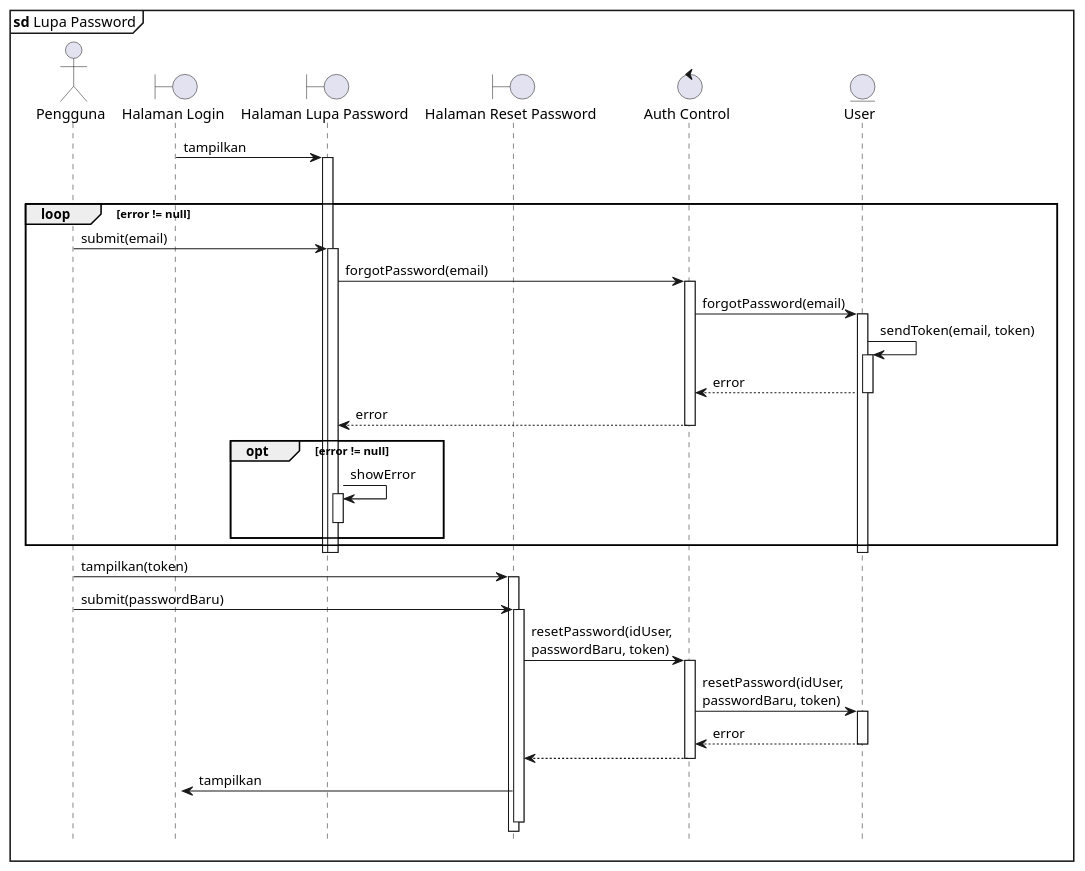
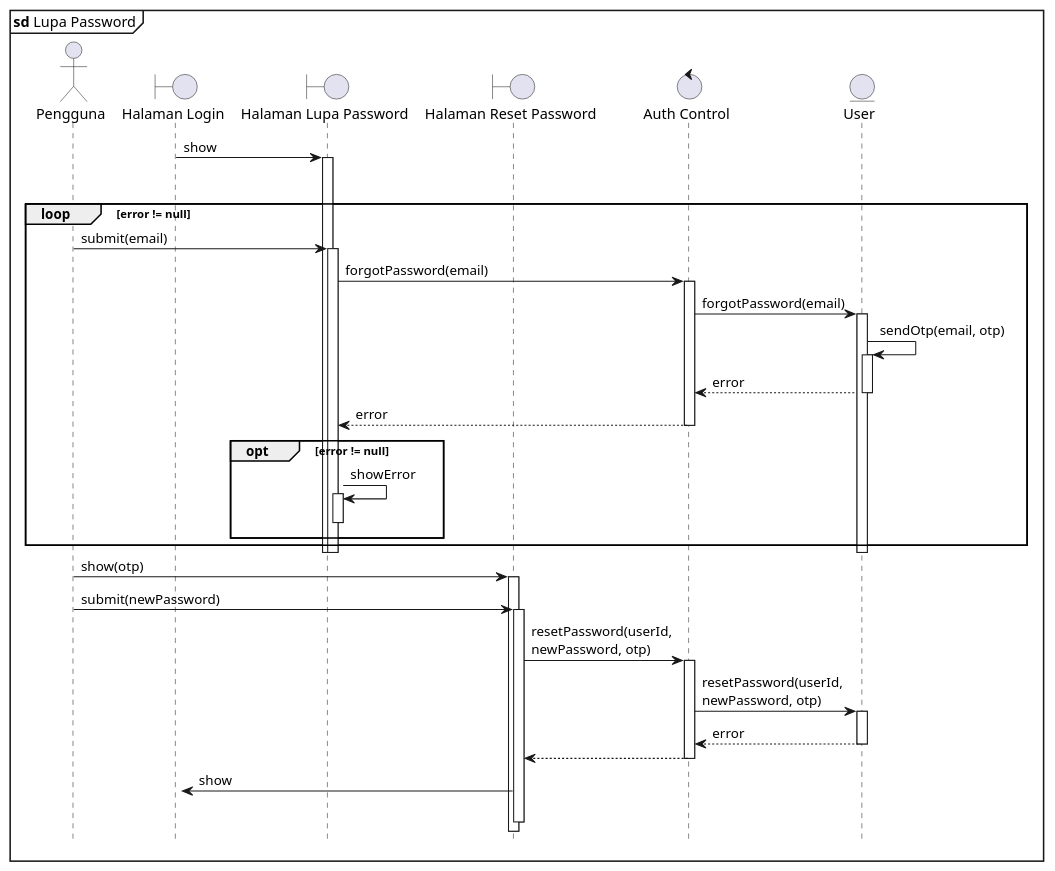
One commit to clarestarahma/manajemen-investasi changed the diagram in sequence/Lupa-Password.puml. Above: the diagram before and after it, drawn with PlantUML. The commit also changed 12 other files, not shown here.

```diff
--- a/sequence/Lupa-Password.puml
+++ b/sequence/Lupa-Password.puml
@@ -1,43 +1,43 @@
 @startuml
 
 hide footbox
 autoactivate on
 mainframe **sd** Lupa Password
 skinparam maxMessageSize 200
 
 actor "Pengguna" as P
 boundary "Halaman Login" as HL
 boundary "Halaman Lupa Password" as HLP
 boundary "Halaman Reset Password" as HRP
 control "Auth Control" as AC
 entity "User" as user
 
-HL -> HLP : tampilkan
+HL -> HLP : show
 deactivate HL
 loop error != null
     P -> HLP: submit(email)
     HLP -> AC: forgotPassword(email)
     AC -> user: forgotPassword(email)
-    user -> user: sendToken(email, token)
+    user -> user: sendOtp(email, otp)
     user --> AC: error
     AC --> HLP: error
     opt error != null
         HLP -> HLP: showError
         deactivate HLP 
     end
 end
 
 deactivate user
 deactivate HLP
 deactivate HLP
-P -> HRP: tampilkan(token) 
-P -> HRP: submit(passwordBaru)
-HRP -> AC: resetPassword(idUser, passwordBaru, token)
-AC -> user: resetPassword(idUser, passwordBaru, token) 
+P -> HRP: show(otp) 
+P -> HRP: submit(newPassword)
+HRP -> AC: resetPassword(userId, newPassword, otp)
+AC -> user: resetPassword(userId, newPassword, otp) 
 user --> AC: error
 AC --> HRP: 
 
-HRP -> HL : tampilkan
+HRP -> HL : show
 deactivate HRP
 
 @enduml
```
